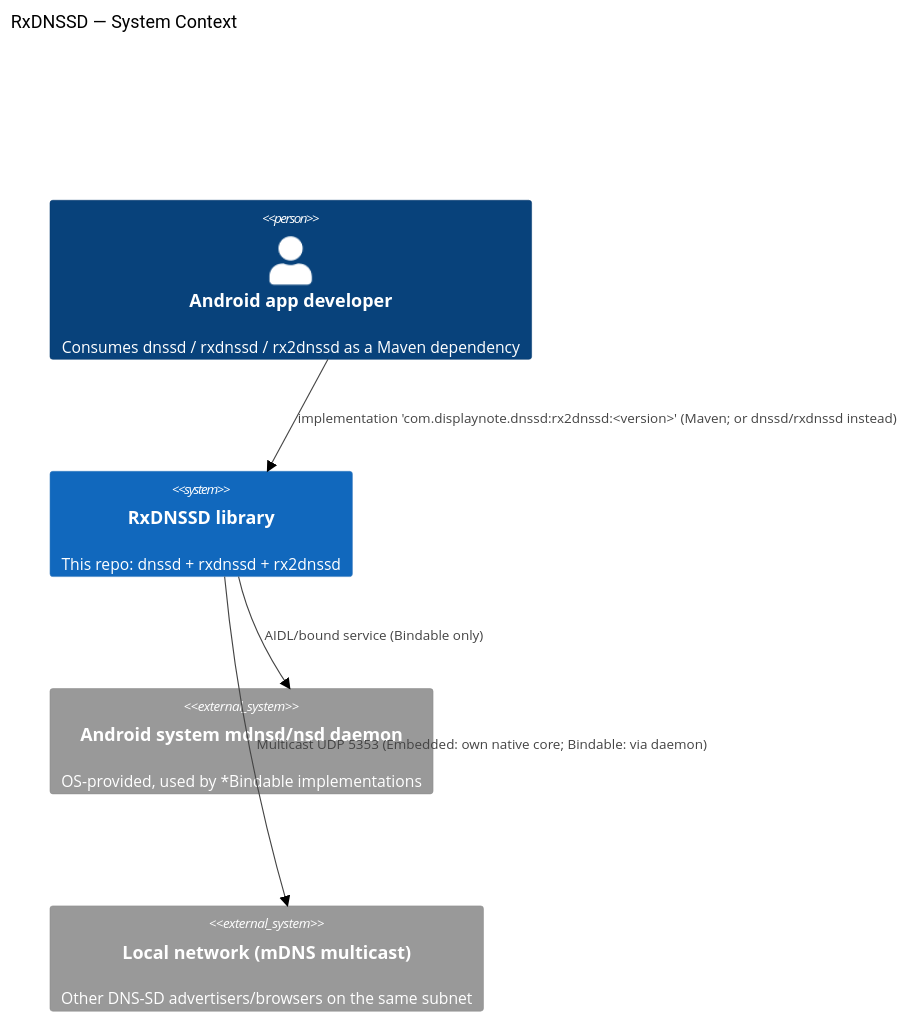
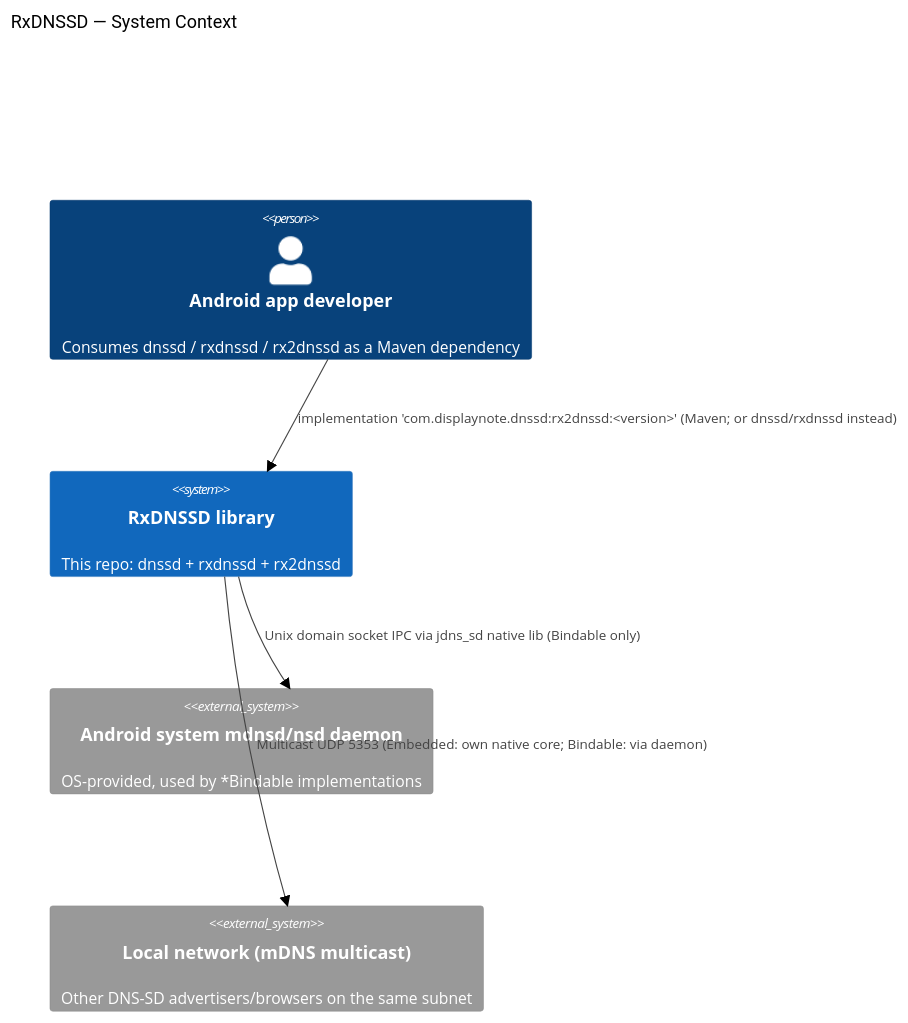
One commit to DisplayNote/RxDNSSD changed the first of 4 diagrams in docs/architecture.md. Above: the diagram before and after it, drawn with Mermaid (neutral theme). The commit also changed other lines of this file and 2 other files, not shown here.

First line of the commit message:
docs: correct Bindable IPC mechanism (Unix socket, not AIDL)

````diff
--- a/docs/architecture.md
+++ b/docs/architecture.md
@@ -7,13 +7,13 @@
 ```mermaid
 C4Context
     title RxDNSSD — System Context
 
     Person(dev, "Android app developer", "Consumes dnssd / rxdnssd / rx2dnssd as a Maven dependency")
     System(rxdnssd, "RxDNSSD library", "This repo: dnssd + rxdnssd + rx2dnssd")
     System_Ext(mdnsd, "Android system mdnsd/nsd daemon", "OS-provided, used by *Bindable implementations")
     System_Ext(lan, "Local network (mDNS multicast)", "Other DNS-SD advertisers/browsers on the same subnet")
 
     Rel(dev, rxdnssd, "implementation 'com.displaynote.dnssd:rx2dnssd:<version>' (Maven; or dnssd/rxdnssd instead)")
-    Rel(rxdnssd, mdnsd, "AIDL/bound service (Bindable only)")
+    Rel(rxdnssd, mdnsd, "Unix domain socket IPC via jdns_sd native lib (Bindable only)")
     Rel(rxdnssd, lan, "Multicast UDP 5353 (Embedded: own native core; Bindable: via daemon)")
 ```
````
